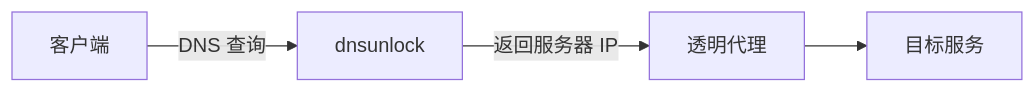
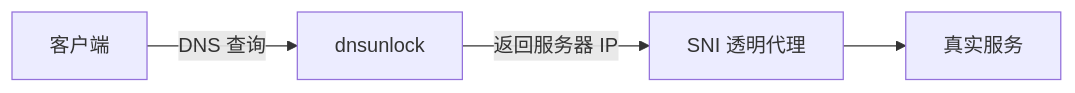
Before and after one commit to gokele/dnsunlock: the diagram in README.md, drawn with Mermaid. The commit also changed other lines of this file, not shown here.

````diff
--- a/README.md
+++ b/README.md
@@ -41,6 +49,6 @@
 ```mermaid
 flowchart LR
     A[客户端] -->|DNS 查询| B[dnsunlock]
-    B -->|返回服务器 IP| C[透明代理]
-    C --> D[目标服务]
+    B -->|返回服务器 IP| C[SNI 透明代理]
+    C --> D[真实服务]
 ```
````
